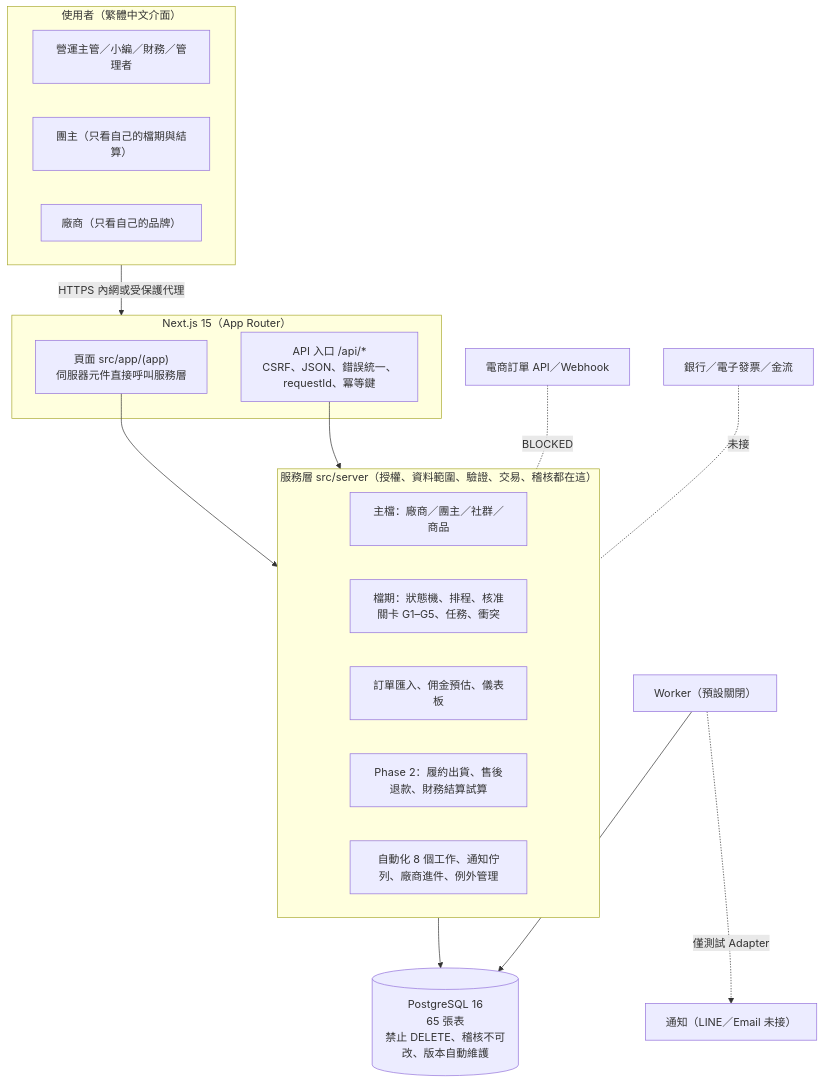
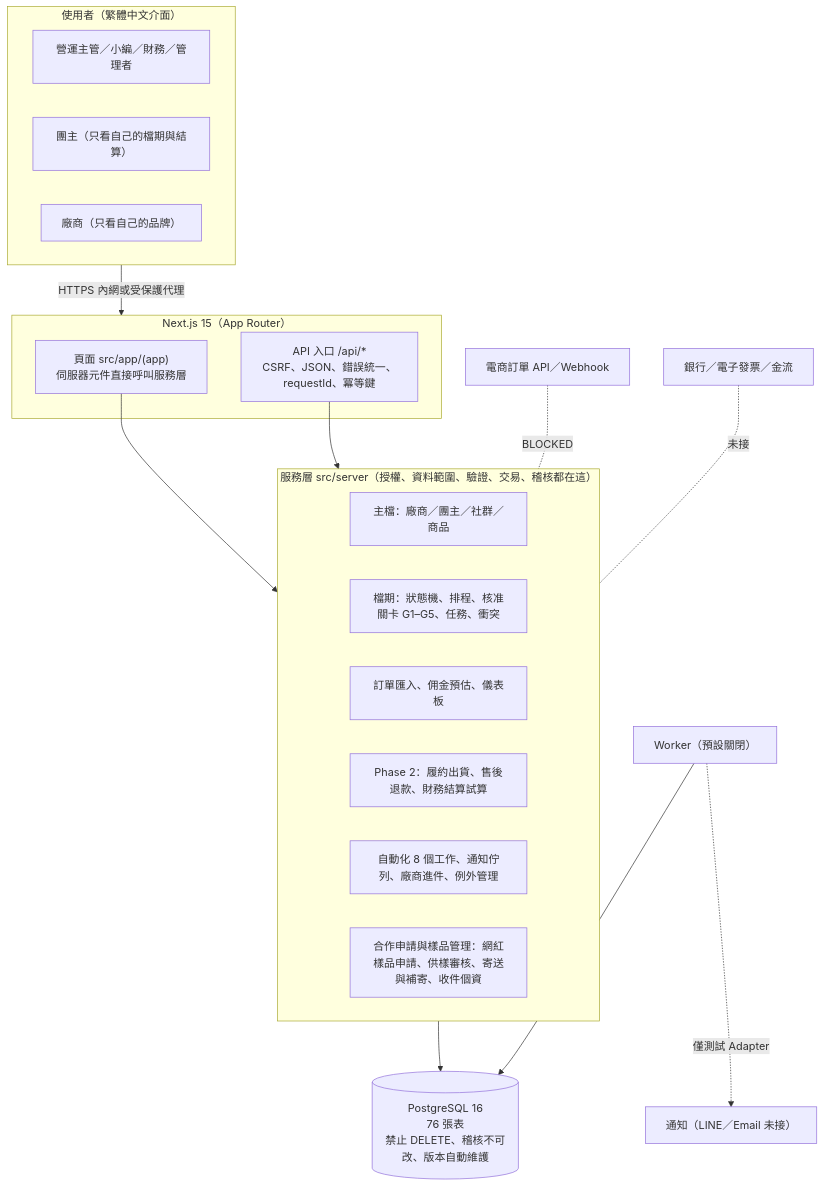
One commit to ws19135/group-buying-operations changed the first of 3 diagrams in README.md. Above: the diagram before and after it, drawn with Mermaid. The commit also changed other lines of this file and 122 other files, not shown here.

````diff
--- a/README.md
+++ b/README.md
@@ -38,27 +38,28 @@
 ```mermaid
 flowchart TB
   subgraph Users["使用者（繁體中文介面）"]
     A1["營運主管／小編／財務／管理者"]
     A2["團主（只看自己的檔期與結算）"]
     A3["廠商（只看自己的品牌）"]
   end
   Users -->|HTTPS 內網或受保護代理| Web
   subgraph Web["Next.js 15（App Router）"]
     P["頁面 src/app/(app)<br/>伺服器元件直接呼叫服務層"]
     R["API 入口 /api/*<br/>CSRF、JSON、錯誤統一、requestId、冪等鍵"]
   end
   P --> S
   R --> S
   subgraph S["服務層 src/server（授權、資料範圍、驗證、交易、稽核都在這）"]
     M1["主檔：廠商／團主／社群／商品"]
     M2["檔期：狀態機、排程、核准關卡 G1–G5、任務、衝突"]
     M3["訂單匯入、佣金預估、儀表板"]
     M4["Phase 2：履約出貨、售後退款、財務結算試算"]
     M5["自動化 8 個工作、通知佇列、廠商進件、例外管理"]
+    M6["合作申請與樣品管理：網紅樣品申請、供樣審核、寄送與補寄、收件個資"]
   end
-  S --> DB[("PostgreSQL 16<br/>65 張表<br/>禁止 DELETE、稽核不可改、版本自動維護")]
+  S --> DB[("PostgreSQL 16<br/>76 張表<br/>禁止 DELETE、稽核不可改、版本自動維護")]
   W["Worker（預設關閉）"] --> DB
   W -.->|僅測試 Adapter| N["通知（LINE／Email 未接）"]
   X1["電商訂單 API／Webhook"] -.-|BLOCKED| S
   X2["銀行／電子發票／金流"] -.-|未接| S
 ```
````
